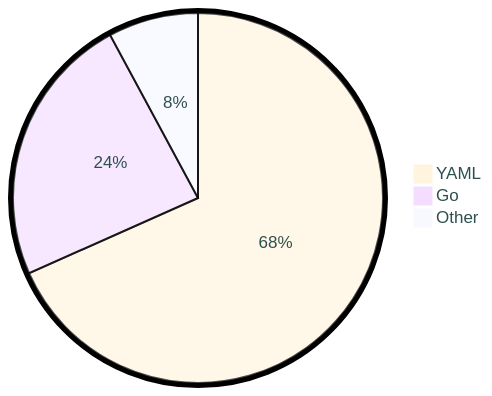
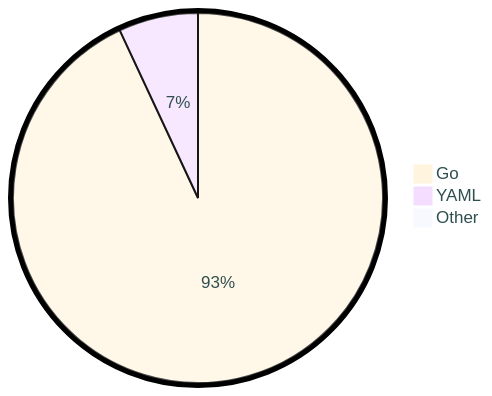
Before and after one commit to tot0p/tot0p: the diagram in README.md, drawn with Mermaid. The commit also changed other lines of this file, not shown here.

````diff
--- a/README.md
+++ b/README.md
@@ -119,7 +116,7 @@
 ```mermaid
 %%{init: {"pie": {"textPosition": 0.5}, "themeVariables": {"pieOuterStrokeWidth": "5px","primaryTextColor" : "#2F4F4F"},"theme":"base"} }%%
 pie
-	"YAML": 68.34
-	"Go": 23.8
-	"Other": 7.869999999999999
+	"Go": 92.67
+	"YAML": 6.92
+	"Other": 0.42000000000000004
 ```
````
